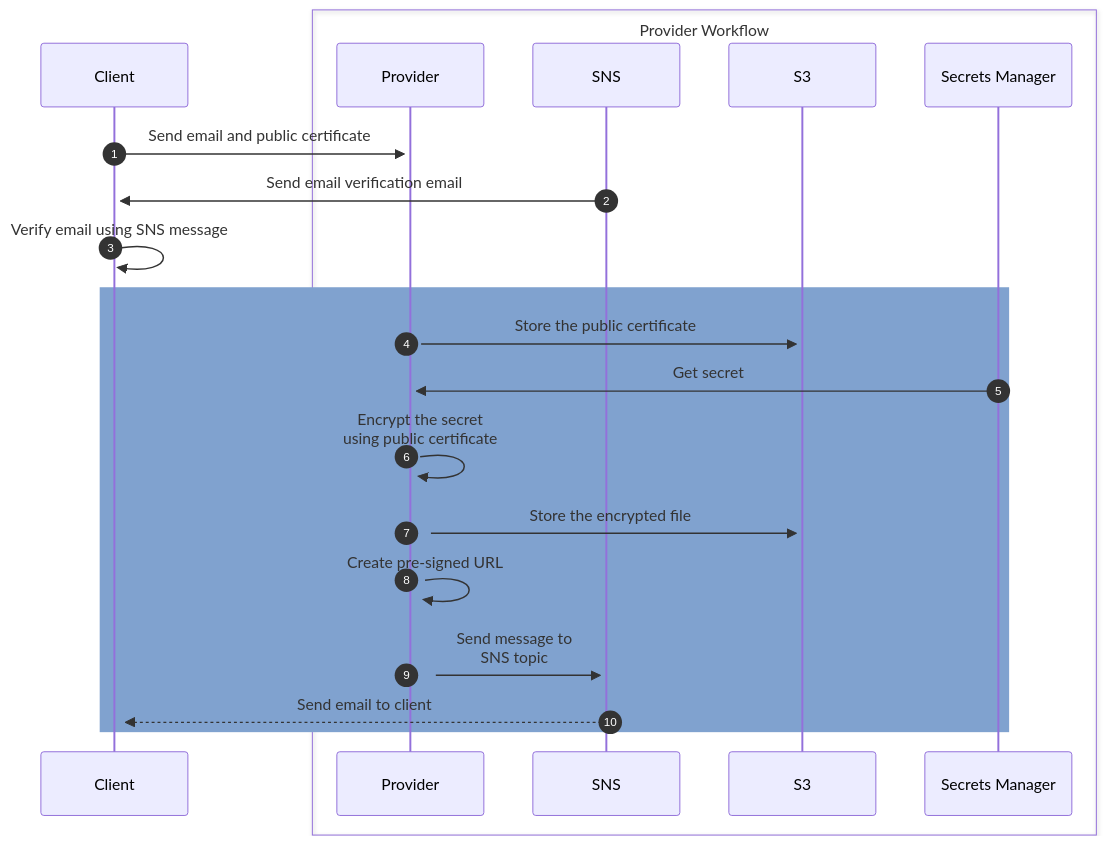
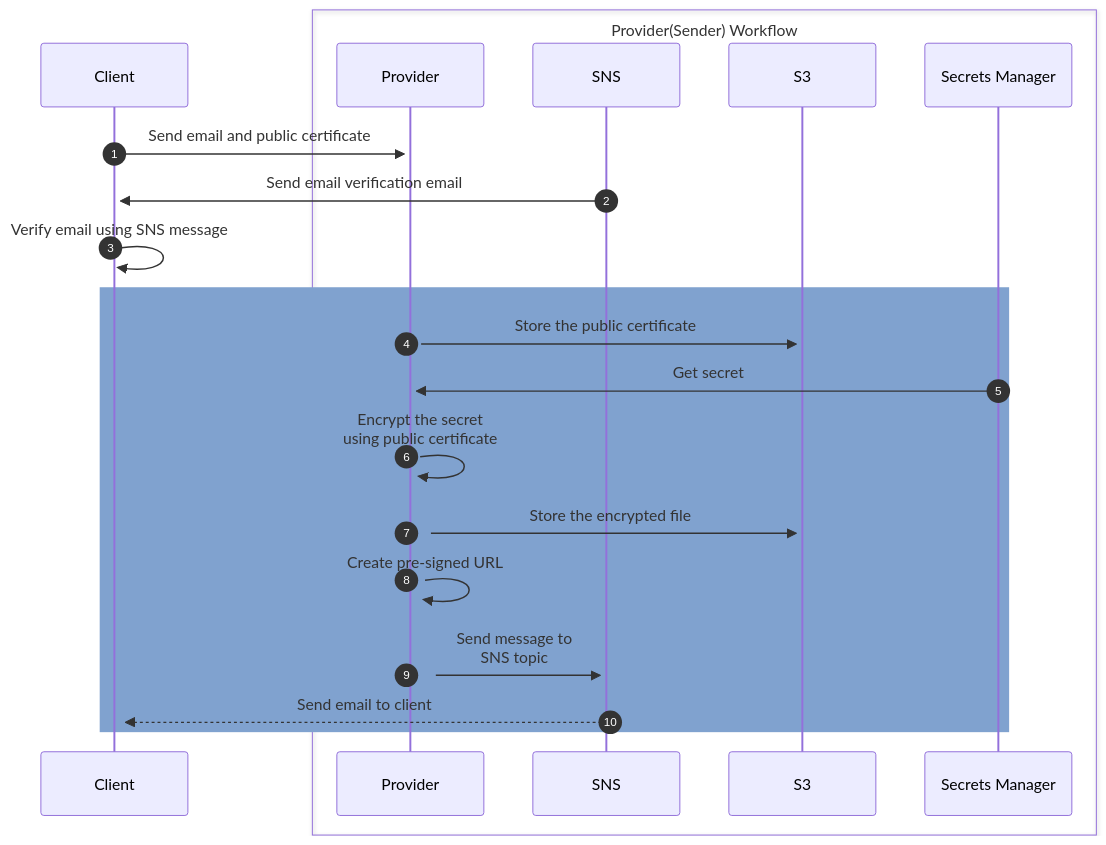
Before and after one commit to smislam/securely-share-secrets: the first of 2 diagrams in README.md, drawn with Mermaid. The commit also changed other lines of this file and 1 other file, not shown here.

````diff
--- a/README.md
+++ b/README.md
@@ -8,24 +8,24 @@
 ```mermaid
 sequenceDiagram
 autonumber
     Client->>+Provider: Send email and public certificate
 
-    box Provider Workflow
+    box Provider(Sender) Workflow
         participant Provider
         participant SNS
         participant S3
         participant Secrets Manager
     end
     
     SNS->>+Client: Send email verification email
     Client->>+Client: Verify email using SNS message
     rect rgb(128, 162, 207)
     Provider->>+S3: Store the public certificate
     Secrets Manager->>+Provider: Get secret
     Provider->>+Provider: Encrypt the secret<br/>using public certificate
     Provider->>+S3: Store the encrypted file
     Provider->>+Provider: Create pre-signed URL
     Provider->>+SNS: Send message to<br/>SNS topic   
     SNS-->>+Client: Send email to client
     end
 ```
````
